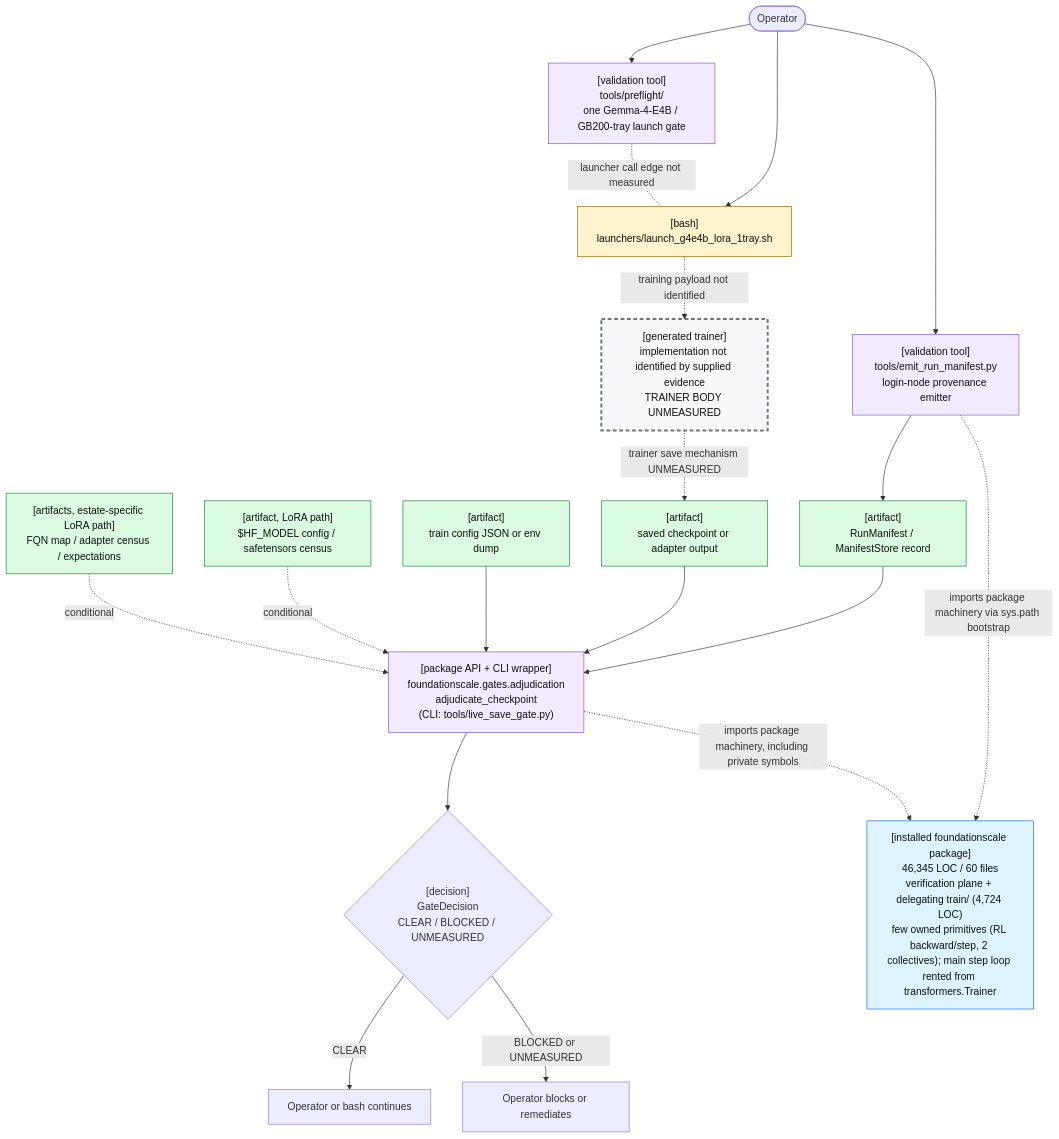
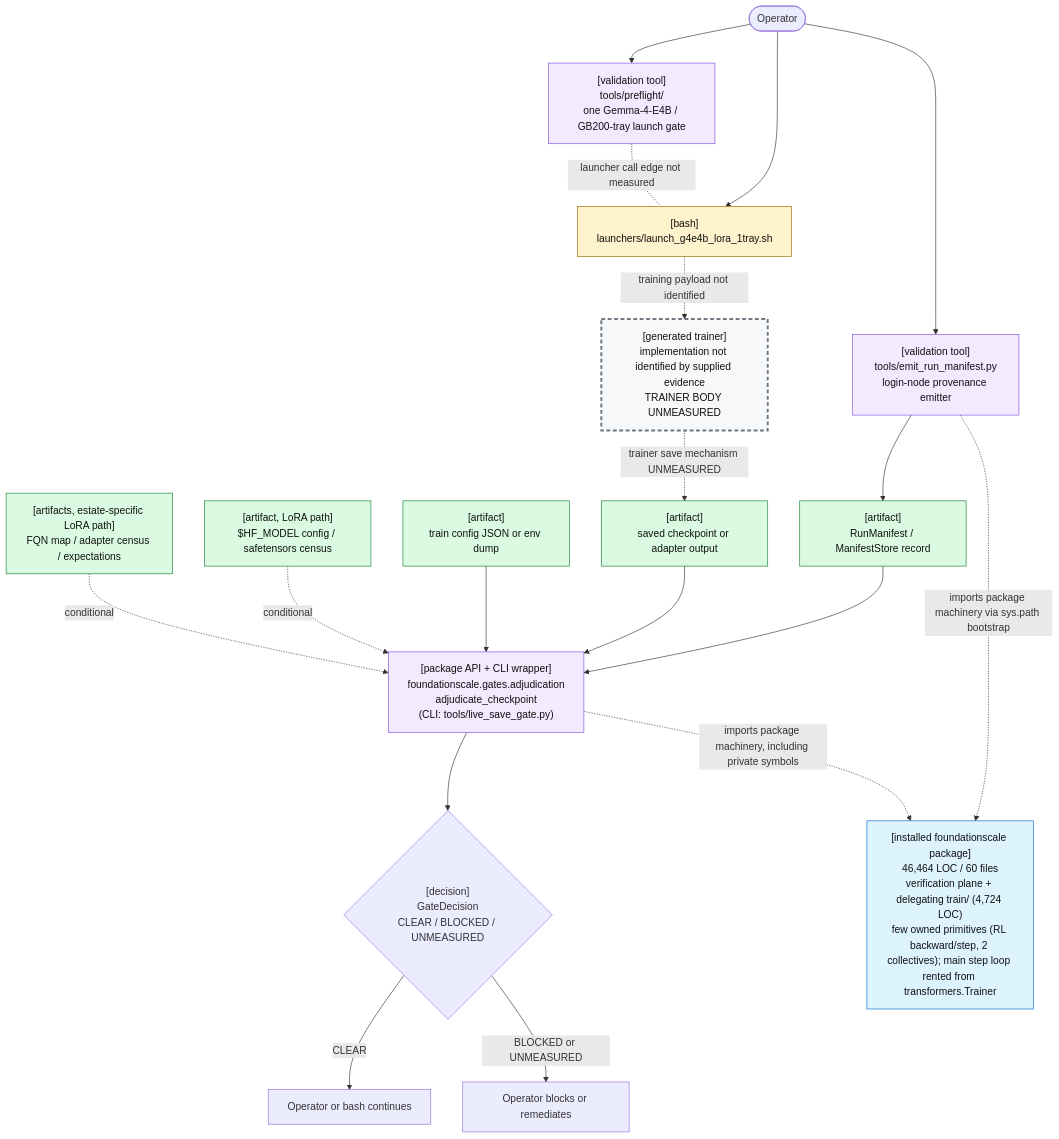
One commit to TranNhiem/FoundationScale changed the first of 2 diagrams in docs/review/D2_current_architecture.md. Above: the diagram before and after it, drawn with Mermaid. The commit also changed other lines of this file and 16 other files, not shown here.

````diff
--- a/docs/review/D2_current_architecture.md
+++ b/docs/review/D2_current_architecture.md
@@ -25,59 +25,59 @@
 ```mermaid
 flowchart TB
   O(["Operator"])
 
   PF["[validation tool]<br/>tools/preflight/<br/>one Gemma-4-E4B / GB200-tray launch gate"]
   L["[bash]<br/>launchers/launch_g4e4b_lora_1tray.sh"]
 
   E["[validation tool]<br/>tools/emit_run_manifest.py<br/>login-node provenance emitter"]
   M["[artifact]<br/>RunManifest / ManifestStore record"]
 
   T["[generated trainer]<br/>implementation not identified by supplied evidence<br/>TRAINER BODY UNMEASURED"]
   C["[artifact]<br/>saved checkpoint or adapter output"]
 
   G["[package API + CLI wrapper]<br/>foundationscale.gates.adjudication<br/>adjudicate_checkpoint<br/>(CLI: tools/live_save_gate.py)"]
   CFG["[artifact]<br/>train config JSON or env dump"]
   BASE["[artifact, LoRA path]<br/>$HF_MODEL config / safetensors census"]
   CEN["[artifacts, estate-specific LoRA path]<br/>FQN map / adapter census / expectations"]
 
   D{"[decision]<br/>GateDecision<br/>CLEAR / BLOCKED / UNMEASURED"}
   OK["Operator or bash continues"]
   NO["Operator blocks or remediates"]
 
-  PKG["[installed foundationscale package]<br/>46,345 LOC / 60 files<br/>verification plane + delegating train/ (4,724 LOC)<br/>few owned primitives (RL backward/step, 2 collectives); main step loop rented from transformers.Trainer"]
+  PKG["[installed foundationscale package]<br/>46,464 LOC / 60 files<br/>verification plane + delegating train/ (4,724 LOC)<br/>few owned primitives (RL backward/step, 2 collectives); main step loop rented from transformers.Trainer"]
 
   O --> PF
   O --> L
   PF -. "launcher call edge not measured" .- L
 
   O --> E
   E --> M
 
   L -. "training payload not identified" .-> T
   T -. "trainer save mechanism UNMEASURED" .-> C
 
   M --> G
   C --> G
   CFG --> G
   BASE -. "conditional" .-> G
   CEN -. "conditional" .-> G
 
   E -. "imports package machinery via sys.path bootstrap" .-> PKG
   G -. "imports package machinery, including private symbols" .-> PKG
 
   G --> D
   D -->|"CLEAR"| OK
   D -->|"BLOCKED or UNMEASURED"| NO
 
   classDef bash fill:#fff3cd,stroke:#9a6700,color:#111;
   classDef tool fill:#f2eaff,stroke:#8250df,color:#111;
   classDef artifact fill:#dafbe1,stroke:#1a7f37,color:#111;
   classDef gap fill:#f6f8fa,stroke:#6e7781,stroke-width:3px,stroke-dasharray: 6 4,color:#111;
   classDef pkg fill:#ddf4ff,stroke:#0969da,color:#111;
 
   class L bash;
   class PF,E,G tool;
   class M,C,CFG,BASE,CEN artifact;
   class T gap;
   class PKG pkg;
 ```
````
